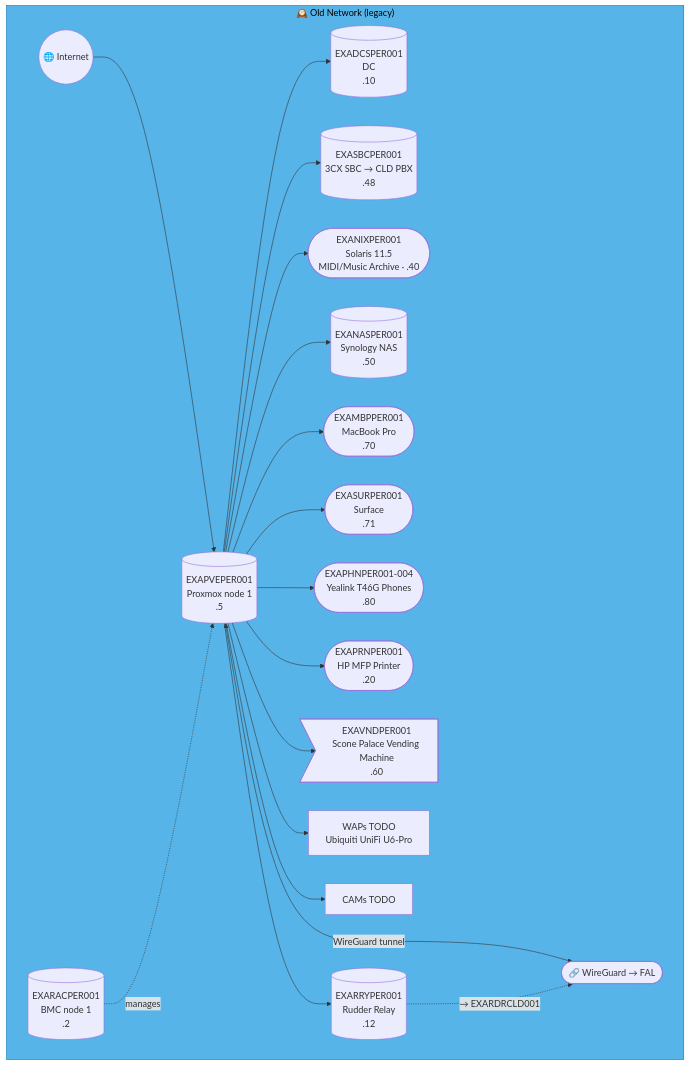
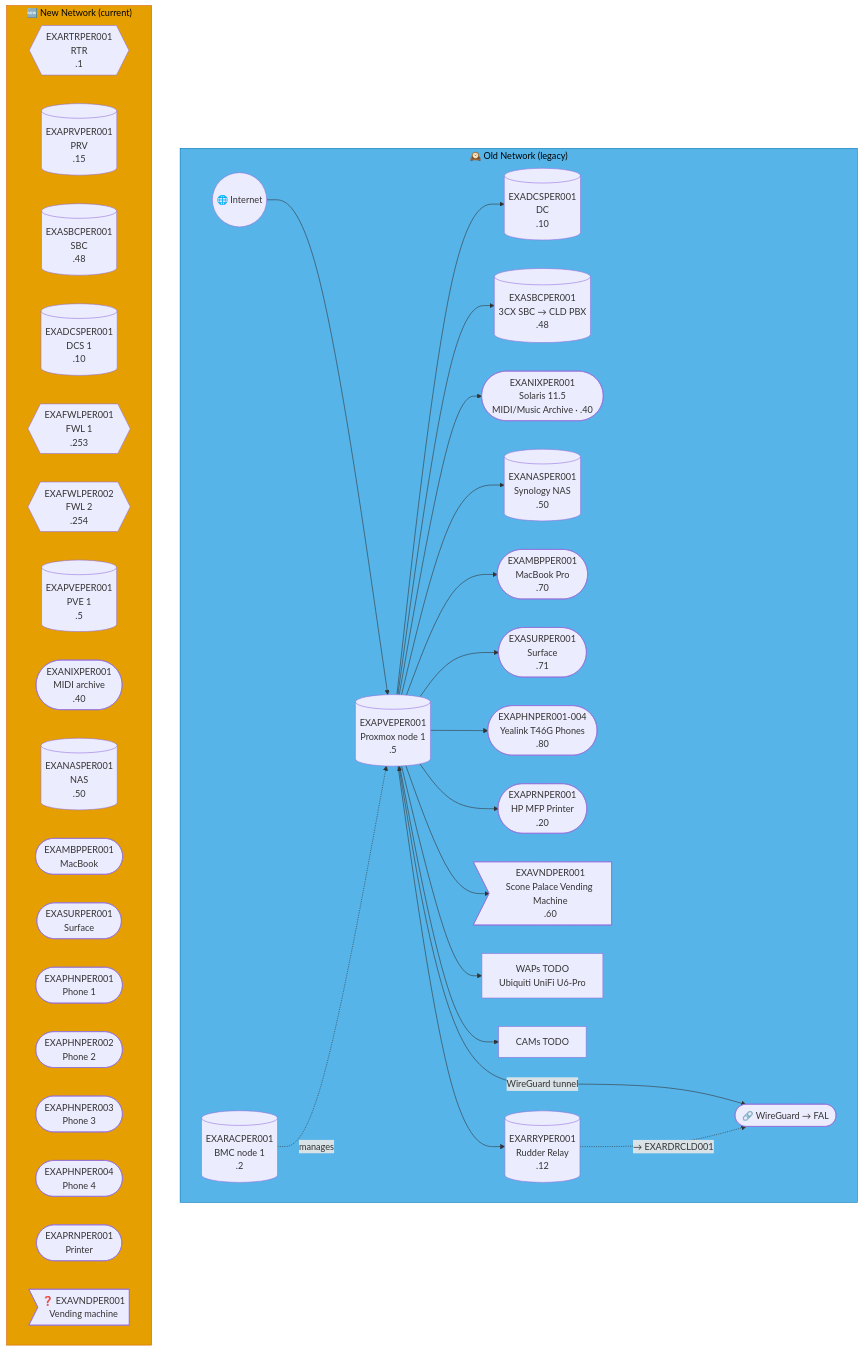
Before and after one commit to knightmare2600/example_music_infra: the seventh of 51 diagrams in docs/network-diagram.md, drawn with Mermaid. The commit also changed other lines of this file and 1 other file, not shown here.

````diff
--- a/docs/network-diagram.md
+++ b/docs/network-diagram.md
@@ -430,31 +580,53 @@
 ```mermaid
 graph TD
     subgraph OLD_PER ["🕰️ Old Network (legacy)"]
       INET(("🌐 Internet"))
       RAC[("EXARACPER001<br/>BMC node 1<br/>.2")]
       PVE[("EXAPVEPER001<br/>Proxmox node 1<br/>.5")]
       DC[("EXADCSPER001<br/>DC<br/>.10")]
       SBC[("EXASBCPER001<br/>3CX SBC → CLD PBX<br/>.48")]
       RRY[("EXARRYPER001<br/>Rudder Relay<br/>.12")]
       NIX(["EXANIXPER001<br/>Solaris 11.5<br/>MIDI/Music Archive · .40"])
       NAS[("EXANASPER001<br/>Synology NAS<br/>.50")]
       MBP(["EXAMBPPER001<br/>MacBook Pro<br/>.70"])
       SUR(["EXASURPER001<br/>Surface<br/>.71"])
       PHN(["EXAPHNPER001-004<br/>Yealink T46G Phones<br/>.80"])
       PRN(["EXAPRNPER001<br/>HP MFP Printer<br/>.20"])
       VND>"EXAVNDPER001<br/>Scone Palace Vending Machine<br/>.60"]
       WAP["WAPs TODO<br/>Ubiquiti UniFi U6-Pro"]
       CAM["CAMs TODO"]
       VPN(["🔗 WireGuard → FAL"])
 
       INET --> PVE
       PVE --> DC & SBC & NIX & NAS
       RAC -.->|"manages"| PVE
       PVE --> MBP & SUR & PHN & PRN & VND & WAP & CAM
       PVE <-->|"WireGuard tunnel"| VPN
 
       PVE --> RRY
       RRY -. "→ EXARDRCLD001" .-> VPN
     end
     style OLD_PER fill:#56B4E9,stroke:#0072B2,color:#000000
+    %% GENERATED:NEW-NETWORK:PER:START
+    subgraph NEW_PER ["🆕 New Network (current)"]
+      N_RTR{{"EXARTRPER001<br/>RTR<br/>.1"}}
+      N_PRV[("EXAPRVPER001<br/>PRV<br/>.15")]
+      N_SBC[("EXASBCPER001<br/>SBC<br/>.48")]
+      N_DCS[("EXADCSPER001<br/>DCS 1<br/>.10")]
+      N_FWL{{"EXAFWLPER001<br/>FWL 1<br/>.253"}}
+      N_FWL2{{"EXAFWLPER002<br/>FWL 2<br/>.254"}}
+      N_PVE[("EXAPVEPER001<br/>PVE 1<br/>.5")]
+      N_NIX(["EXANIXPER001<br/>MIDI archive<br/>.40"])
+      N_NAS[("EXANASPER001<br/>NAS<br/>.50")]
+      N_MBP(["EXAMBPPER001<br/>MacBook"])
+      N_SUR(["EXASURPER001<br/>Surface"])
+      N_PHN(["EXAPHNPER001<br/>Phone 1"])
+      N_PHN2(["EXAPHNPER002<br/>Phone 2"])
+      N_PHN3(["EXAPHNPER003<br/>Phone 3"])
+      N_PHN4(["EXAPHNPER004<br/>Phone 4"])
+      N_PRN(["EXAPRNPER001<br/>Printer"])
+      N_VND>"❓ EXAVNDPER001<br/>Vending machine"]
+    end
+    style NEW_PER fill:#E69F00,stroke:#D55E00,color:#000000
+    %% GENERATED:NEW-NETWORK:PER:END
 ```
````
